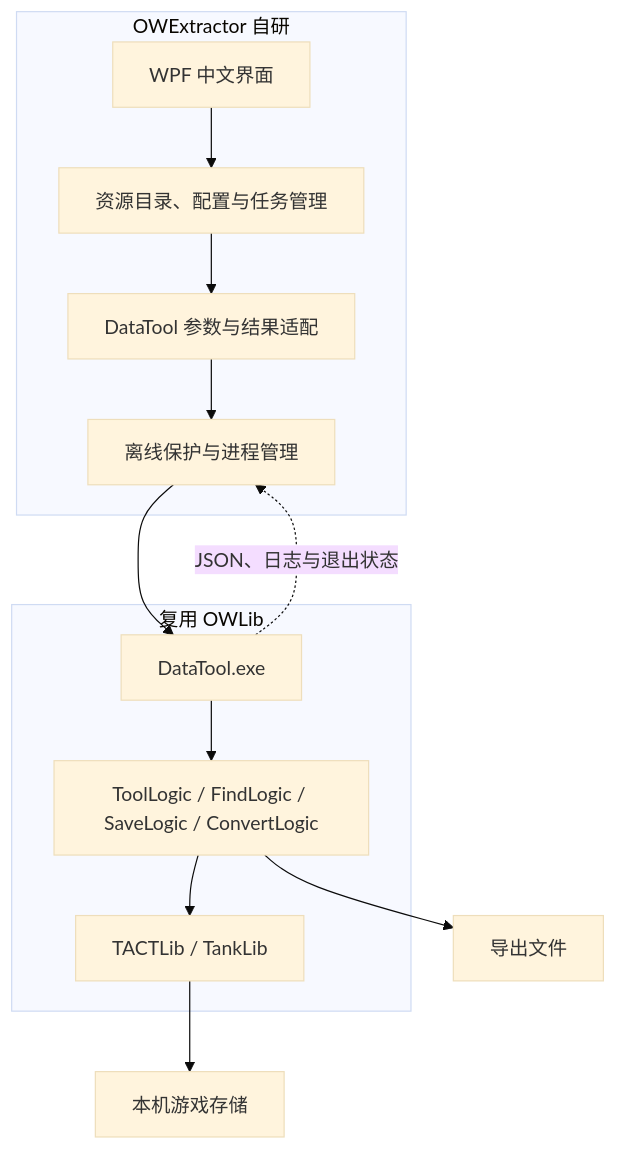
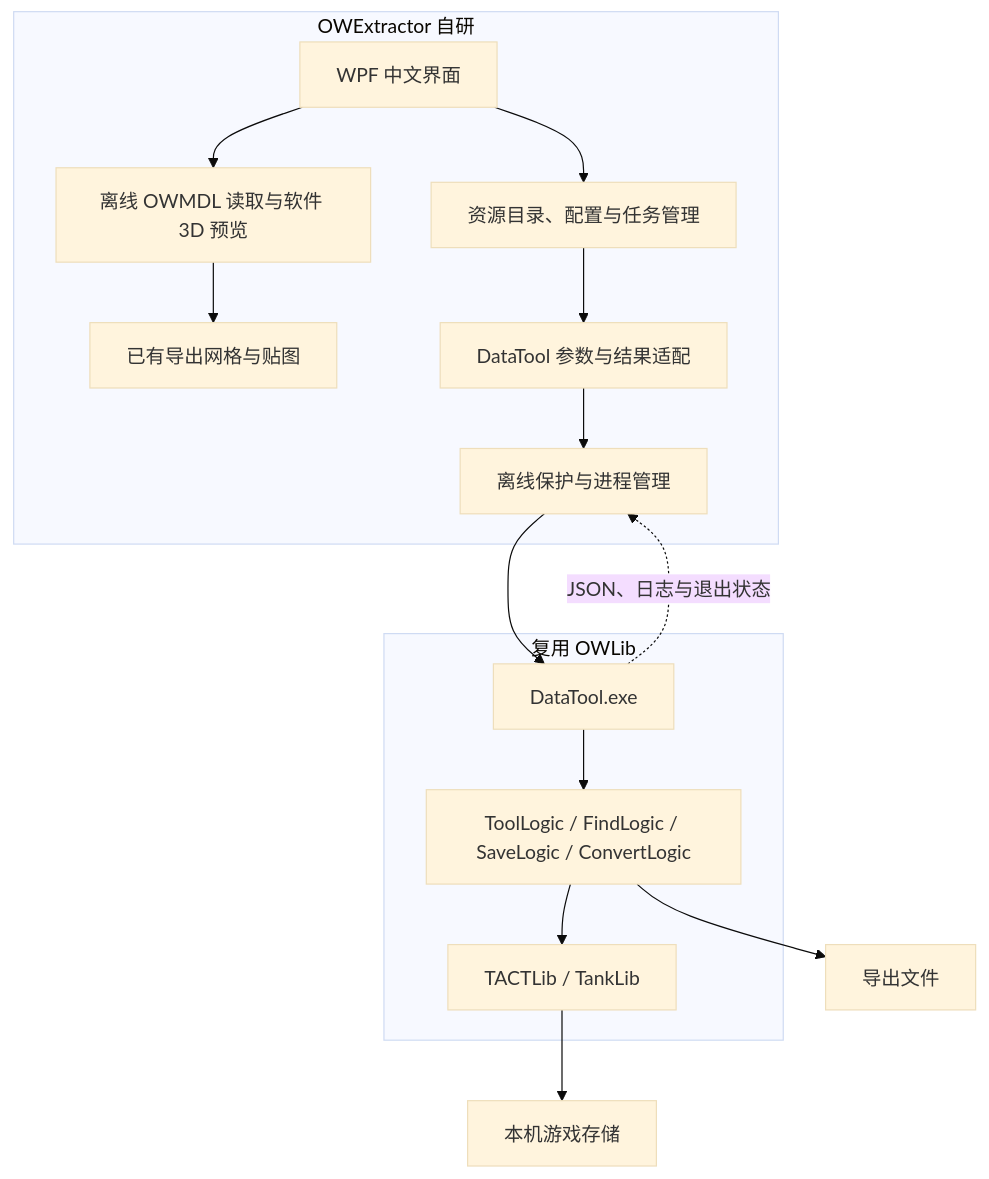
Before and after one commit to BeamusWayne/OWExtractor: the diagram in README.md, drawn with Mermaid (base theme). The commit also changed other lines of this file and 39 other files, not shown here.

````diff
--- a/README.md
+++ b/README.md
@@ -67,16 +94,18 @@
 ```mermaid
 flowchart TB
     subgraph Client[OWExtractor 自研]
         UI[WPF 中文界面] --> Service[资源目录、配置与任务管理]
+        UI --> Preview[离线 OWMDL 读取与软件 3D 预览]
+        Preview --> Existing[已有导出网格与贴图]
         Service --> Adapter[DataTool 参数与结果适配]
         Adapter --> Process[离线保护与进程管理]
     end
     subgraph Upstream[复用 OWLib]
         DataTool[DataTool.exe] --> Core[ToolLogic / FindLogic / SaveLogic / ConvertLogic]
         Core --> Libraries[TACTLib / TankLib]
     end
     Process --> DataTool
     DataTool -. JSON、日志与退出状态 .-> Process
     Libraries --> Game[本机游戏存储]
     Core --> Export[导出文件]
 ```
````
